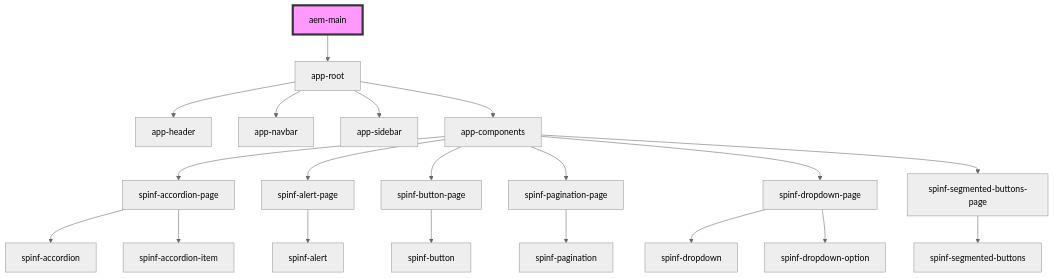
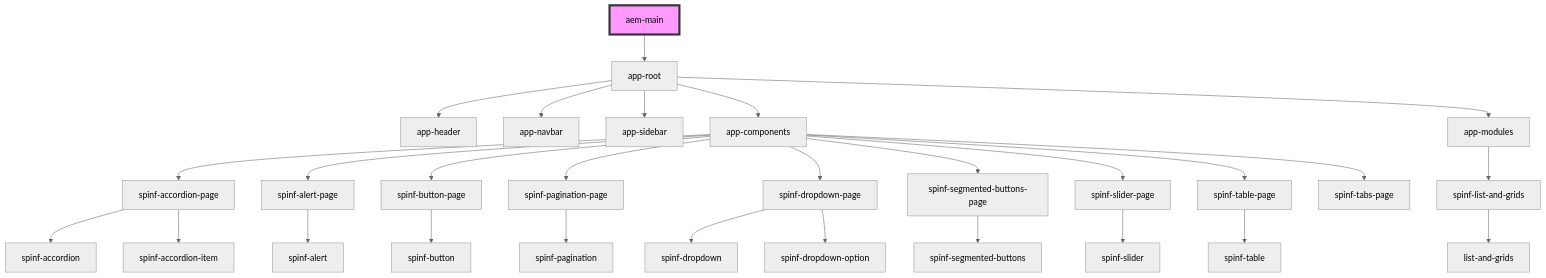
Before and after one commit to Diego-Dos-Santos-Accenture/spain-info-stencil: the diagram in src/readme.md, drawn with Mermaid (neutral theme). The commit also changed 60 other files, not shown here.

Commit message:
feat(list-and-grids): layout masonry con columnas flex, tamaños 549/327, padding y clamps de texto; demo y assets

````diff
--- a/src/readme.md
+++ b/src/readme.md
@@ -15,23 +15,31 @@
 ```mermaid
 graph TD;
   aem-main --> app-root
   app-root --> app-header
   app-root --> app-navbar
   app-root --> app-sidebar
   app-root --> app-components
+  app-root --> app-modules
   app-components --> spinf-accordion-page
   app-components --> spinf-alert-page
   app-components --> spinf-button-page
   app-components --> spinf-pagination-page
   app-components --> spinf-dropdown-page
   app-components --> spinf-segmented-buttons-page
+  app-components --> spinf-slider-page
+  app-components --> spinf-table-page
+  app-components --> spinf-tabs-page
   spinf-accordion-page --> spinf-accordion
   spinf-accordion-page --> spinf-accordion-item
   spinf-alert-page --> spinf-alert
   spinf-button-page --> spinf-button
   spinf-pagination-page --> spinf-pagination
   spinf-dropdown-page --> spinf-dropdown
   spinf-dropdown-page --> spinf-dropdown-option
   spinf-segmented-buttons-page --> spinf-segmented-buttons
+  spinf-slider-page --> spinf-slider
+  spinf-table-page --> spinf-table
+  app-modules --> spinf-list-and-grids
+  spinf-list-and-grids --> list-and-grids
   style aem-main fill:#f9f,stroke:#333,stroke-width:4px
 ```
````
